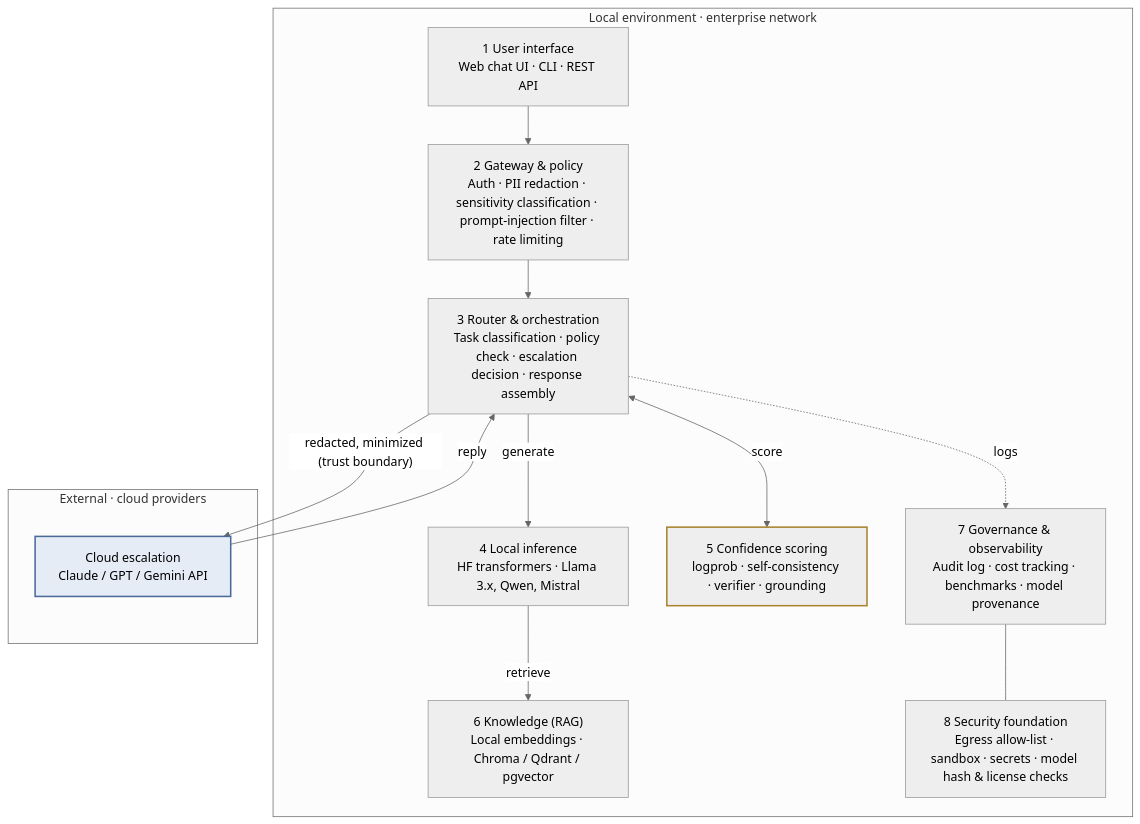
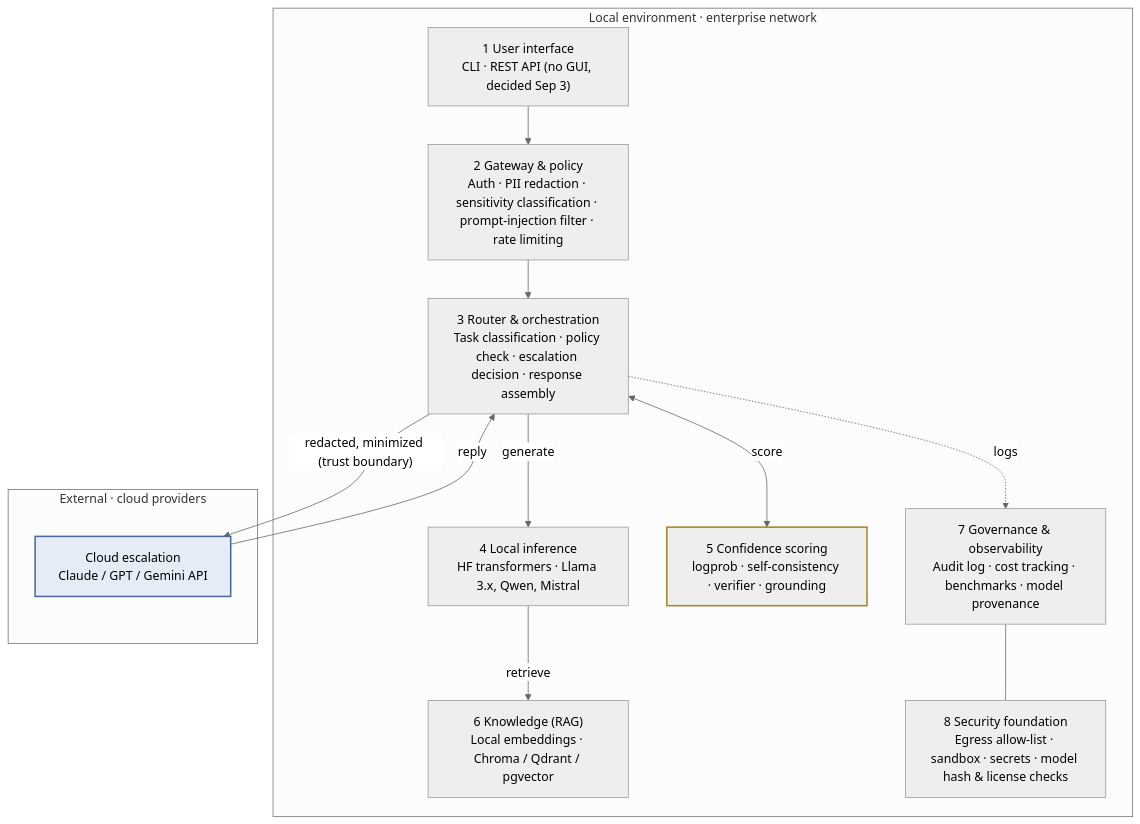
One commit to Mark-Chu-19/virtual-gold-capstone changed the first of 3 diagrams in docs/architecture-v0.2-en.md. Above: the diagram before and after it, drawn with Mermaid (neutral theme). The commit also changed other lines of this file and 4 other files, not shown here.

Commit message:
Architecture doc: no GUI in layer 1, students work in the sandbox not on laptops, deployment diagram uses HF transformers; PR template adds fix type

````diff
--- a/docs/architecture-v0.2-en.md
+++ b/docs/architecture-v0.2-en.md
@@ -32,26 +32,26 @@
 ```mermaid
 flowchart TB
   subgraph LOCAL["Local environment · enterprise network"]
-    L1["1 User interface<br/>Web chat UI · CLI · REST API"]
+    L1["1 User interface<br/>CLI · REST API (no GUI, decided Sep 3)"]
     L2["2 Gateway & policy<br/>Auth · PII redaction · sensitivity classification · prompt-injection filter · rate limiting"]
     L3["3 Router & orchestration<br/>Task classification · policy check · escalation decision · response assembly"]
     L4["4 Local inference<br/>HF transformers · Llama 3.x, Qwen, Mistral"]
     L5["5 Confidence scoring<br/>logprob · self-consistency · verifier · grounding"]
     L6["6 Knowledge (RAG)<br/>Local embeddings · Chroma / Qdrant / pgvector"]
     L7["7 Governance & observability<br/>Audit log · cost tracking · benchmarks · model provenance"]
     L8["8 Security foundation<br/>Egress allow-list · sandbox · secrets · model hash & license checks"]
     L1 --> L2 --> L3
     L3 -- generate --> L4
     L3 <-- score --> L5
     L4 -- retrieve --> L6
     L3 -.logs.-> L7
     L7 --- L8
   end
   subgraph CLOUD["External · cloud providers"]
     C["Cloud escalation<br/>Claude / GPT / Gemini API"]
   end
   L3 -- "redacted, minimized (trust boundary)" --> C
   C -- reply --> L3
   style L5 stroke:#A8842C,stroke-width:2px
   style C fill:#E5ECF6,stroke:#4B6A9B,stroke-width:2px
 ```
````
